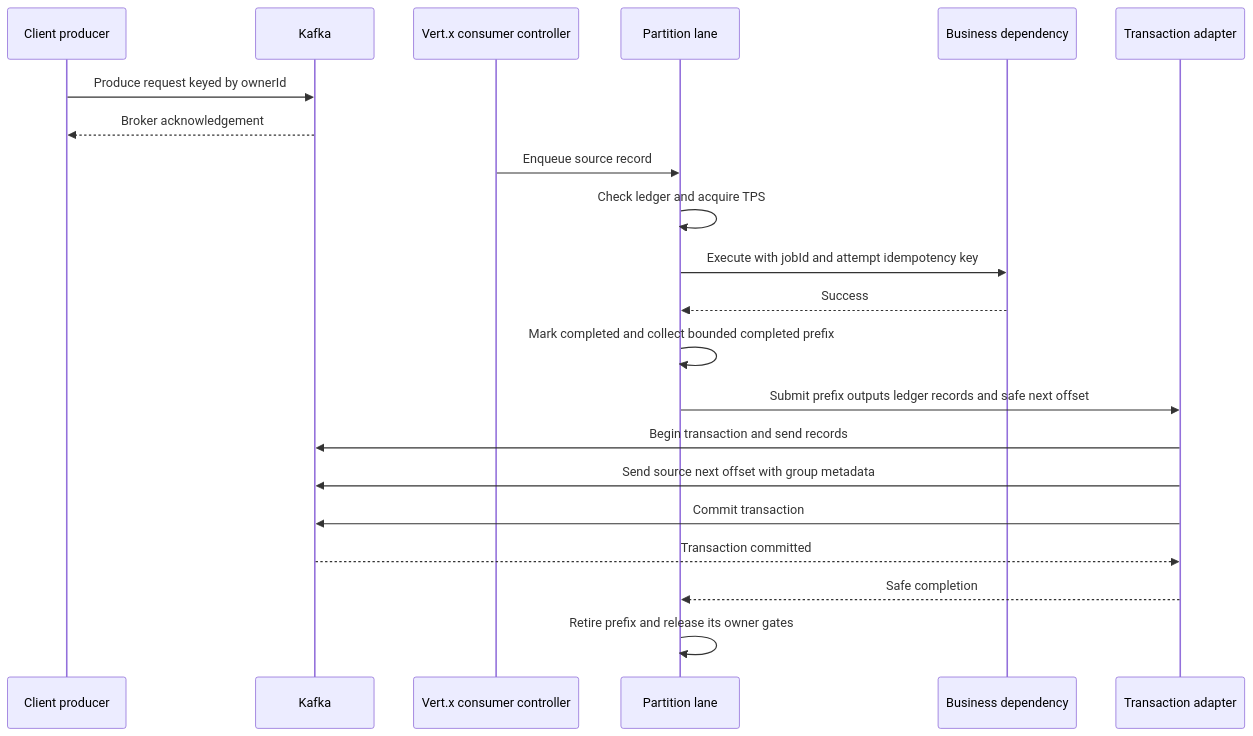
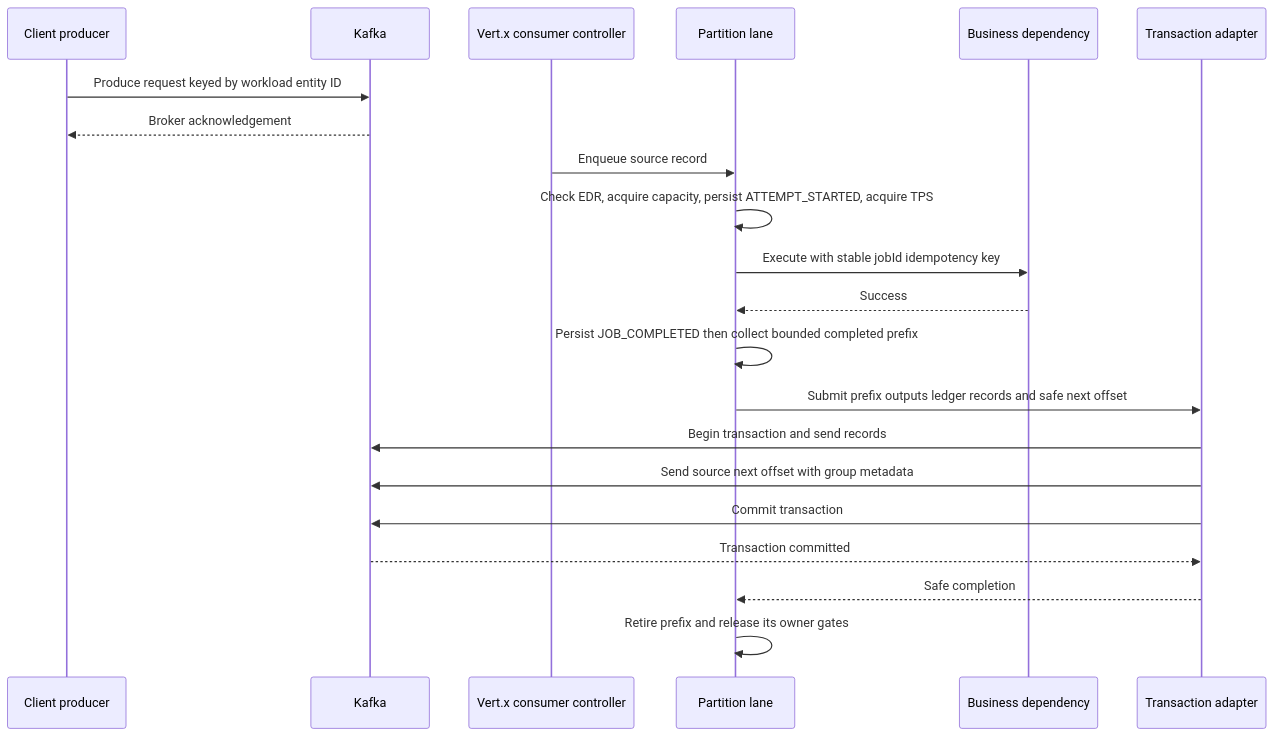
One commit to spakai/job_scheduling_simulation changed the fourth of 9 diagrams in specs/007-vertx-kafka-pull-worker/arc42.md. Above: the diagram before and after it, drawn with Mermaid. The commit also changed other lines of this file and 2 other files, not shown here.

Commit message:
Align spec 007 with isolated rerating fleets and durable EDR recovery

````diff
--- a/specs/007-vertx-kafka-pull-worker/arc42.md
+++ b/specs/007-vertx-kafka-pull-worker/arc42.md
@@ -233,24 +247,24 @@
 ```mermaid
 sequenceDiagram
     participant C as Client producer
     participant K as Kafka
     participant V as Vert.x consumer controller
     participant L as Partition lane
     participant B as Business dependency
     participant T as Transaction adapter
 
-    C->>K: Produce request keyed by ownerId
+    C->>K: Produce request keyed by workload entity ID
     K-->>C: Broker acknowledgement
     V->>L: Enqueue source record
-    L->>L: Check ledger and acquire TPS
-    L->>B: Execute with jobId and attempt idempotency key
+    L->>L: Check EDR, acquire capacity, persist ATTEMPT_STARTED, acquire TPS
+    L->>B: Execute with stable jobId idempotency key
     B-->>L: Success
-    L->>L: Mark completed and collect bounded completed prefix
+    L->>L: Persist JOB_COMPLETED then collect bounded completed prefix
     L->>T: Submit prefix outputs ledger records and safe next offset
     T->>K: Begin transaction and send records
     T->>K: Send source next offset with group metadata
     T->>K: Commit transaction
     K-->>T: Transaction committed
     T-->>L: Safe completion
     L->>L: Retire prefix and release its owner gates
 ```
````
